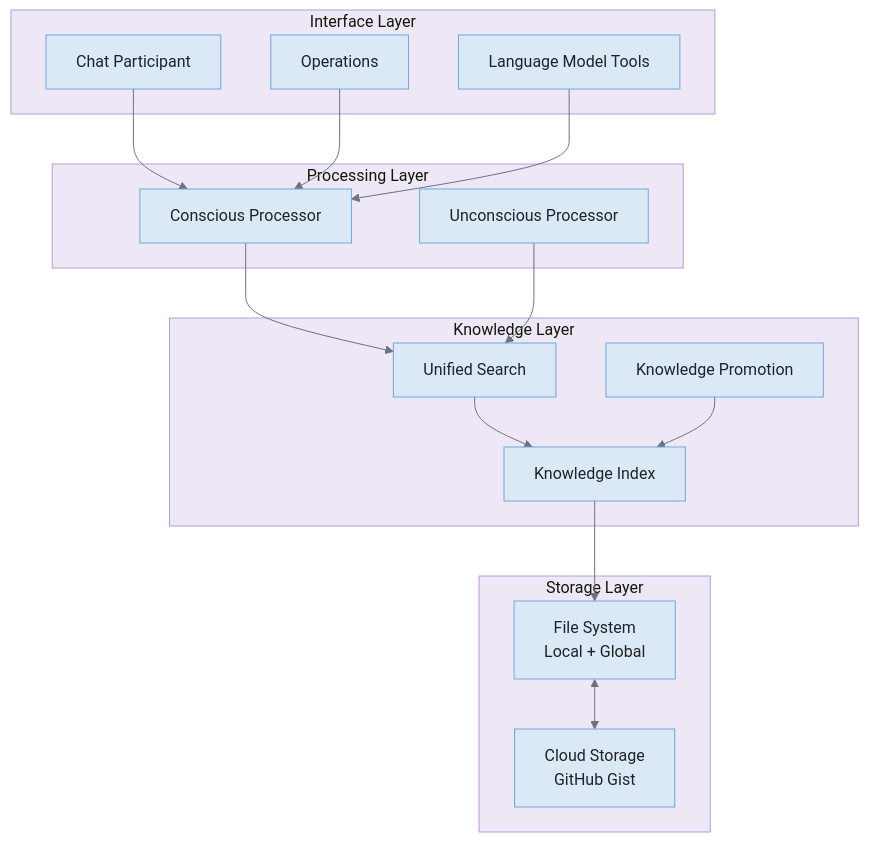
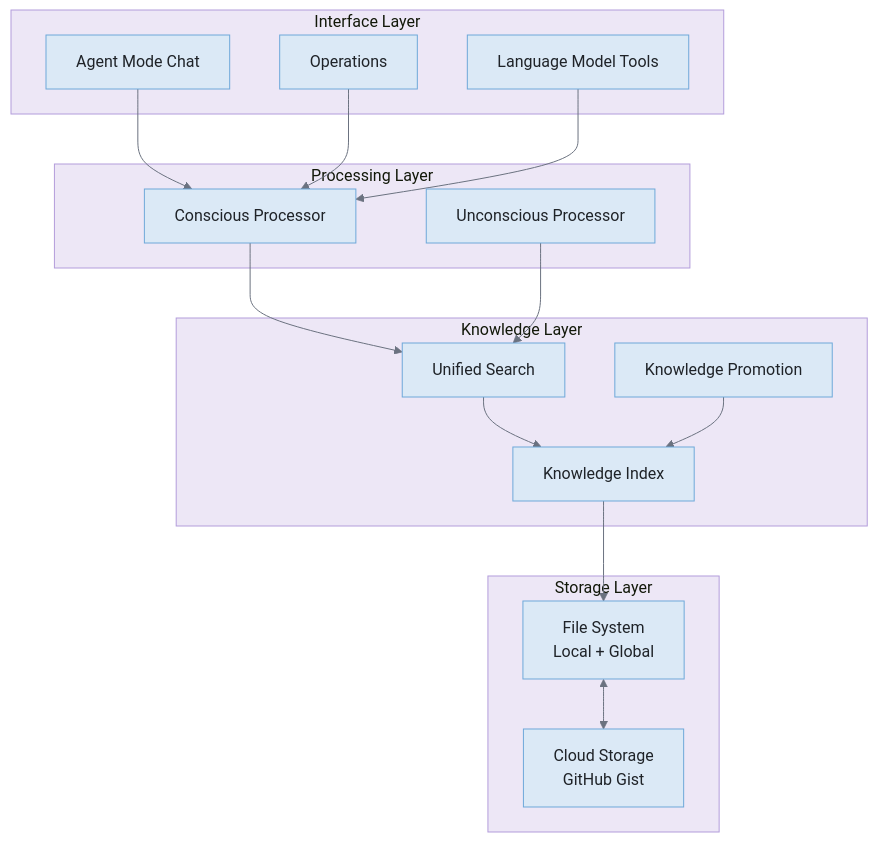
Before and after one commit to fabioc-aloha/Alex_Plug_In: the seventh of 7 diagrams in alex_docs/architecture/COGNITIVE-ARCHITECTURE.md, drawn with Mermaid. The commit also changed other lines of this file and 72 other files, not shown here.

First line of the commit message:
Agent-only architecture: remove participant mode, dead code cleanup, docs audit

````diff
--- a/alex_docs/architecture/COGNITIVE-ARCHITECTURE.md
+++ b/alex_docs/architecture/COGNITIVE-ARCHITECTURE.md
@@ -440,39 +440,39 @@
 ```mermaid
 %%{init: {'theme': 'base', 'themeVariables': {'background': '#f8f9fa', 'primaryColor': '#dbe9f6', 'primaryTextColor': '#1f2328', 'primaryBorderColor': '#6ea8d9', 'lineColor': '#6b7280', 'secondaryColor': '#d1f5ef', 'secondaryBorderColor': '#5ab5a0', 'tertiaryColor': '#ede7f6', 'tertiaryBorderColor': '#b39ddb', 'edgeLabelBackground': '#ffffff', 'fontFamily': 'Segoe UI, system-ui, sans-serif'}}}%%
 graph TB
     subgraph "Interface Layer"
-        CHAT["Chat Participant"]
+        CHAT["Agent Mode Chat"]
         CMD[Operations]
         API[Language Model Tools]
     end
 
     subgraph "Processing Layer"
         CONSCIOUS[Conscious Processor]
         UNCONSCIOUS[Unconscious Processor]
     end
 
     subgraph "Knowledge Layer"
         SEARCH[Unified Search]
         INDEX[Knowledge Index]
         PROMOTE[Knowledge Promotion]
     end
 
     subgraph "Storage Layer"
         FS[File System<br/>Local + Global]
         CLOUD[Cloud Storage<br/>GitHub Gist]
     end
 
     CHAT --> CONSCIOUS
     CMD --> CONSCIOUS
     API --> CONSCIOUS
 
     CONSCIOUS --> SEARCH
     UNCONSCIOUS --> SEARCH
 
     SEARCH --> INDEX
     INDEX --> FS
 
     PROMOTE --> INDEX
 
     FS <--> CLOUD
 ```
````
